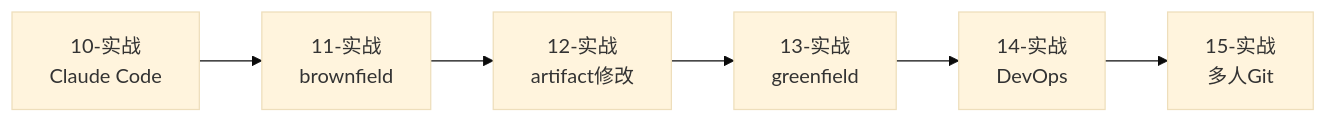
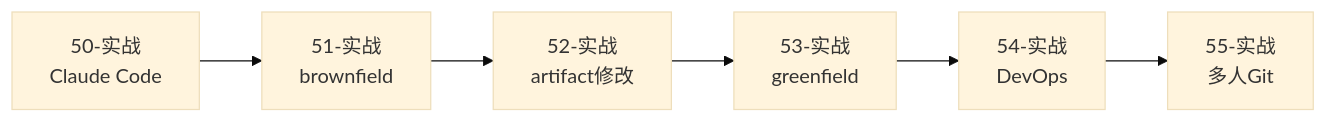
Before and after one commit to ethan-jiang-3/OpenSpec: the third of 8 diagrams in _openspec_handbook/00-index.md, drawn with Mermaid (base theme). The commit also changed other lines of this file and 41 other files, not shown here.

````diff
--- a/_openspec_handbook/00-index.md
+++ b/_openspec_handbook/00-index.md
@@ -154,8 +155,8 @@
 ```mermaid
 graph LR
-    A[10-实战<br/>Claude Code] --> B[11-实战<br/>brownfield]
-    B --> C[12-实战<br/>artifact修改]
-    C --> D[13-实战<br/>greenfield]
-    D --> E[14-实战<br/>DevOps]
-    E --> F[15-实战<br/>多人Git]
+    A[50-实战<br/>Claude Code] --> B[51-实战<br/>brownfield]
+    B --> C[52-实战<br/>artifact修改]
+    C --> D[53-实战<br/>greenfield]
+    D --> E[54-实战<br/>DevOps]
+    E --> F[55-实战<br/>多人Git]
 ```
````
